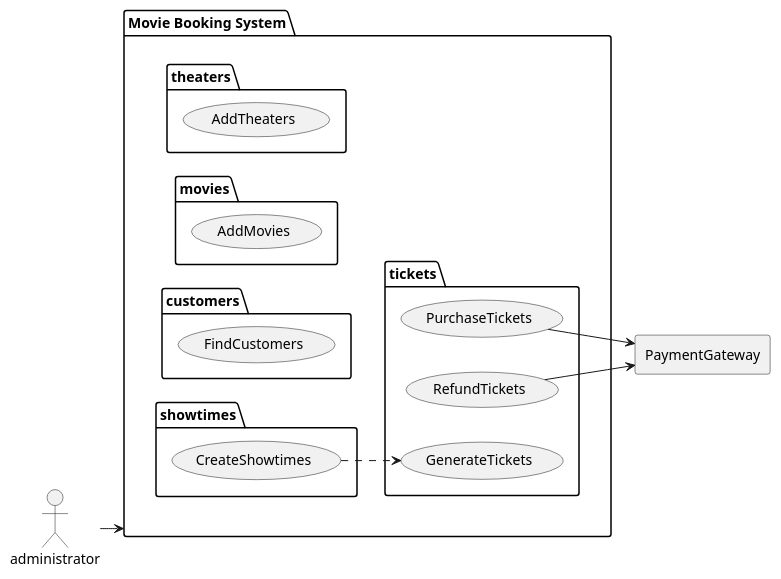
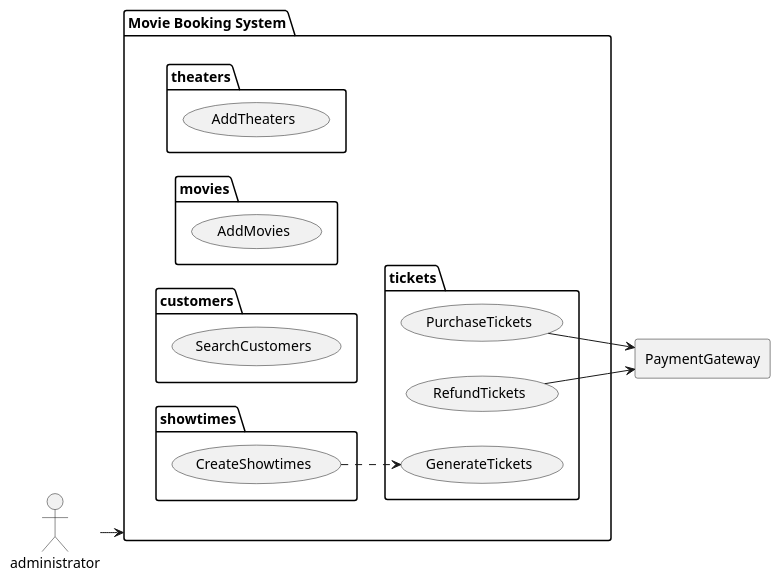
One commit to mannercode/mannercode.github.io changed the ninth of 12 diagrams in _posts/2025-04-01-movie-booking-system-1.md. Above: the diagram before and after it, drawn with PlantUML. The commit also changed other lines of this file and 15 other files, not shown here.

First line of the commit message:
Add UML diagrams and SVG representations for Movie Booking System use cases

```diff
--- a/_posts/2025-04-01-movie-booking-system-1.md
+++ b/_posts/2025-04-01-movie-booking-system-1.md
@@ -264,37 +264,37 @@
 {% plantuml %}
 @startuml
 left to right direction
 actor administrator
 rectangle PaymentGateway
 
 package "Movie Booking System" as mbs {
     package theaters {
         usecase AddTheaters
     }
 
     package movies {
         usecase AddMovies
     }
 
     package customers {
-        usecase FindCustomers
+        usecase SearchCustomers
     }
 
     package showtimes {
         usecase CreateShowtimes
     }
 
     package tickets {
         usecase PurchaseTickets
         usecase RefundTickets
         usecase GenerateTickets
     }
 
     PurchaseTickets --> PaymentGateway
     RefundTickets --> PaymentGateway
     CreateShowtimes ..> GenerateTickets
 }
 
 administrator --> mbs
 @enduml
 {% endplantuml %}
```
